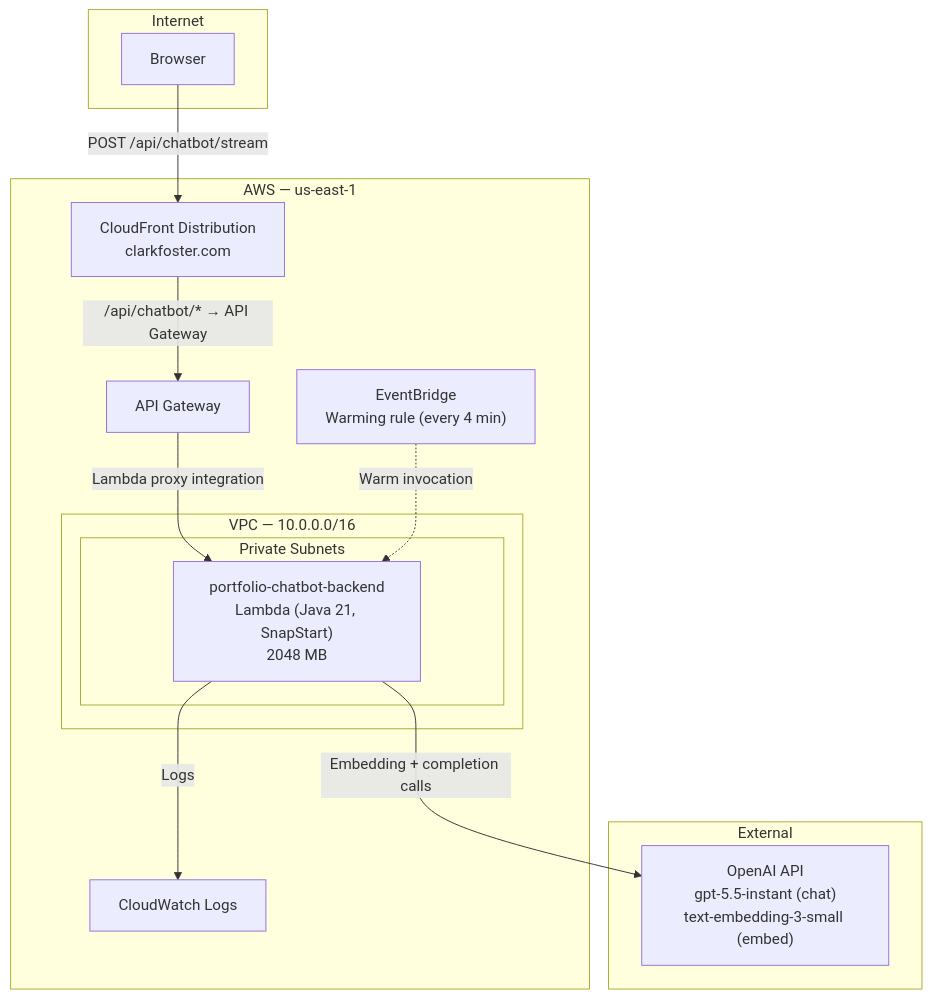
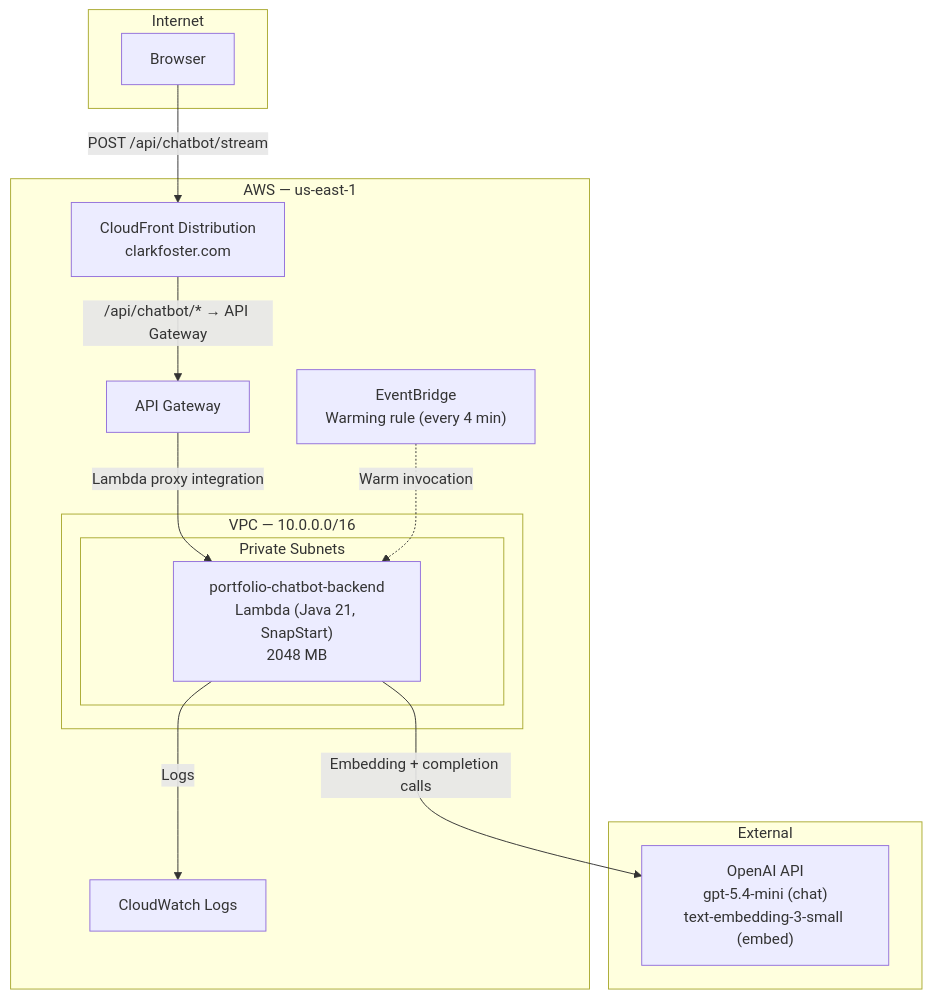
One commit to clark22134/MyPortfolioWebsite changed the fourth of 16 diagrams in portfolio-chatbot-backend/target/classes/docs/ARCHITECTURE.md. Above: the diagram before and after it, drawn with Mermaid. The commit also changed other lines of this file and 17 other files, not shown here.

````diff
--- a/portfolio-chatbot-backend/target/classes/docs/ARCHITECTURE.md
+++ b/portfolio-chatbot-backend/target/classes/docs/ARCHITECTURE.md
@@ -200,31 +200,31 @@
 ```mermaid
 graph TB
     subgraph Internet
         Browser[Browser]
     end
 
     subgraph AWS["AWS — us-east-1"]
         CF["CloudFront Distribution<br/>clarkfoster.com"]
         APIGW["API Gateway"]
 
         subgraph VPC["VPC — 10.0.0.0/16"]
             subgraph Private["Private Subnets"]
                 Lambda["portfolio-chatbot-backend<br/>Lambda (Java 21, SnapStart)<br/>2048 MB"]
             end
         end
 
         EB["EventBridge<br/>Warming rule (every 4 min)"]
         CW["CloudWatch Logs"]
     end
 
     subgraph External
-        OpenAI["OpenAI API<br/>gpt-5.5-instant (chat)<br/>text-embedding-3-small (embed)"]
+        OpenAI["OpenAI API<br/>gpt-5.4-mini (chat)<br/>text-embedding-3-small (embed)"]
     end
 
     Browser -->|"POST /api/chatbot/stream"| CF
     CF -->|"/api/chatbot/* → API Gateway"| APIGW
     APIGW -->|Lambda proxy integration| Lambda
     Lambda -->|Embedding + completion calls| OpenAI
     EB -.->|Warm invocation| Lambda
     Lambda -->|Logs| CW
 ```
````
